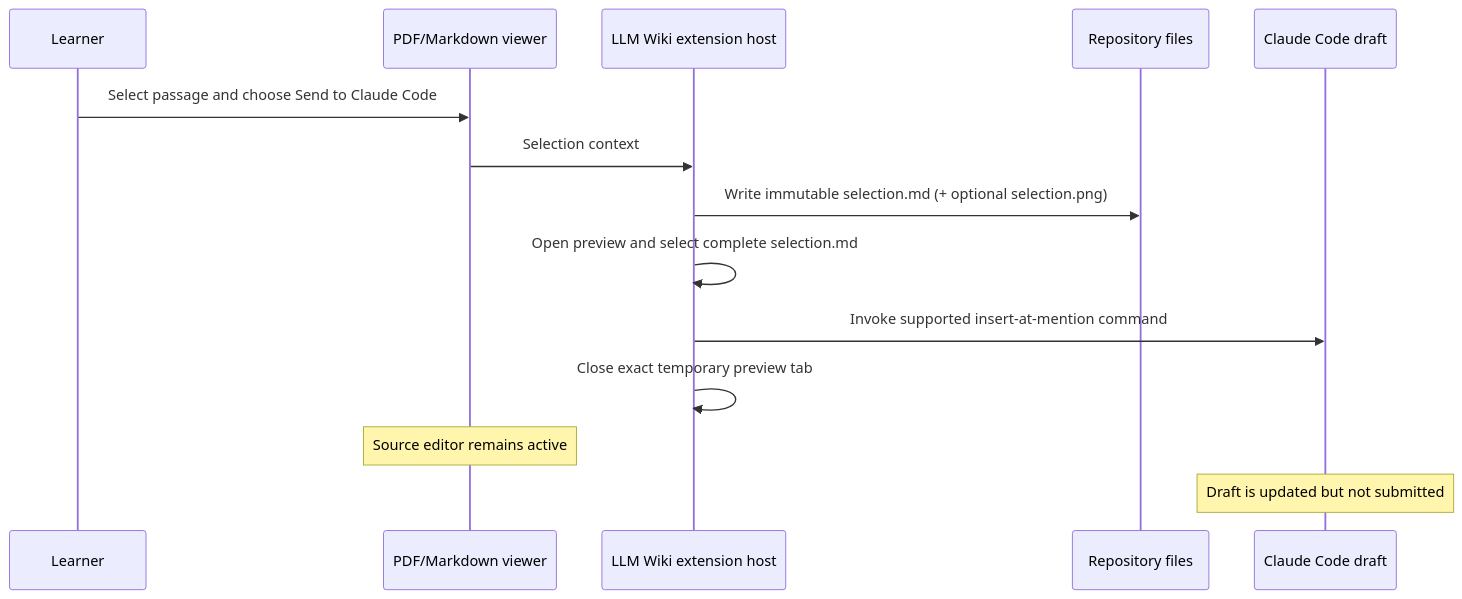
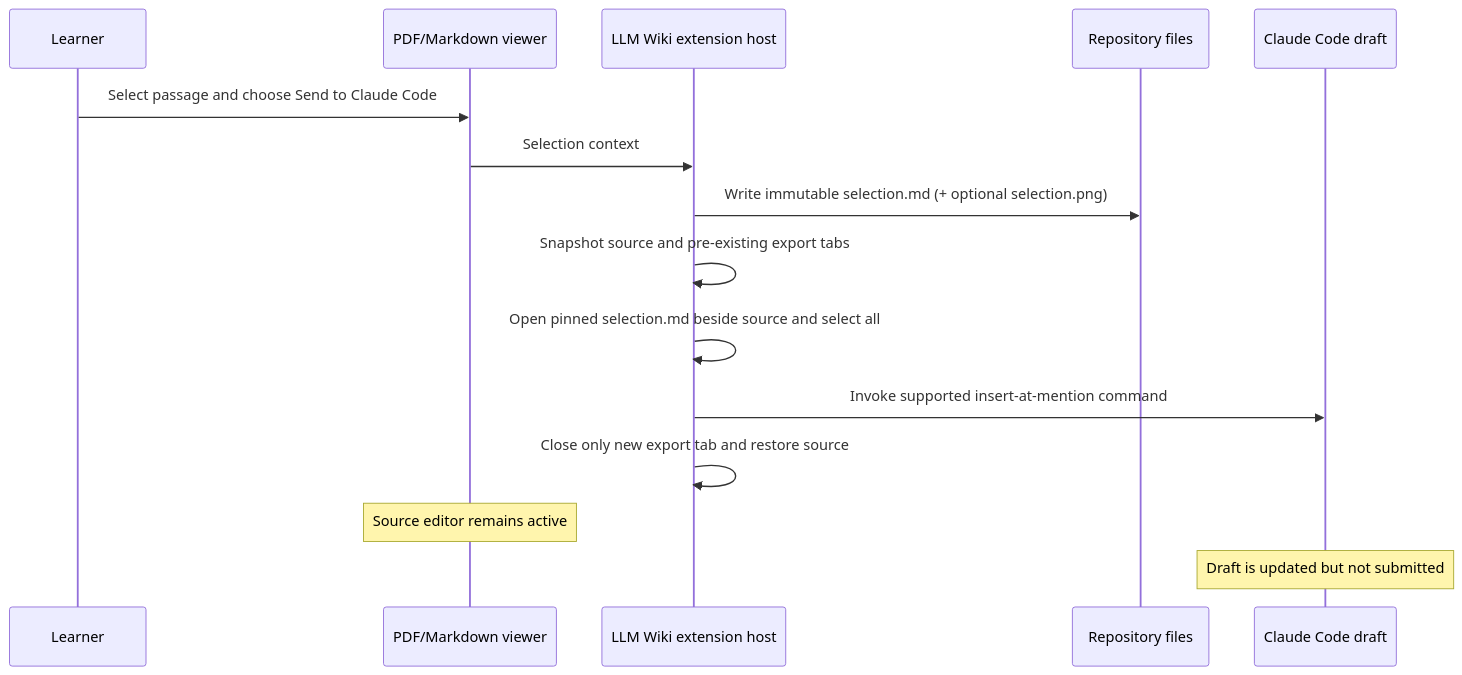
The diagram in docs/superpowers/specs/2026-08-13-claude-direct-selection-handoff-design.md (t04dJ14n9/vscode-llm-wiki), drawn with Mermaid before and after one commit. The commit also changed other lines of this file and 4 other files, not shown here.

````diff
--- a/docs/superpowers/specs/2026-08-13-claude-direct-selection-handoff-design.md
+++ b/docs/superpowers/specs/2026-08-13-claude-direct-selection-handoff-design.md
@@ -108,17 +116,18 @@
 ```mermaid
 sequenceDiagram
     participant Learner
     participant Viewer as PDF/Markdown viewer
     participant Host as LLM Wiki extension host
     participant FS as Repository files
     participant Claude as Claude Code draft
 
     Learner->>Viewer: Select passage and choose Send to Claude Code
     Viewer->>Host: Selection context
     Host->>FS: Write immutable selection.md (+ optional selection.png)
-    Host->>Host: Open preview and select complete selection.md
+    Host->>Host: Snapshot source and pre-existing export tabs
+    Host->>Host: Open pinned selection.md beside source and select all
     Host->>Claude: Invoke supported insert-at-mention command
-    Host->>Host: Close exact temporary preview tab
+    Host->>Host: Close only new export tab and restore source
     Note over Viewer: Source editor remains active
     Note over Claude: Draft is updated but not submitted
 ```
````
